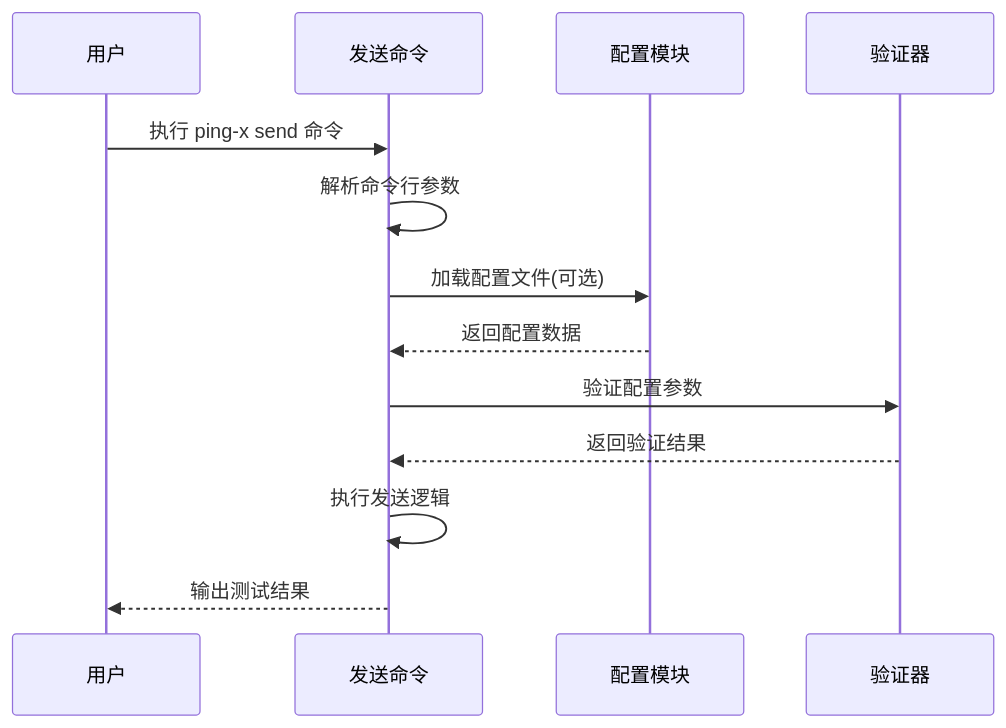
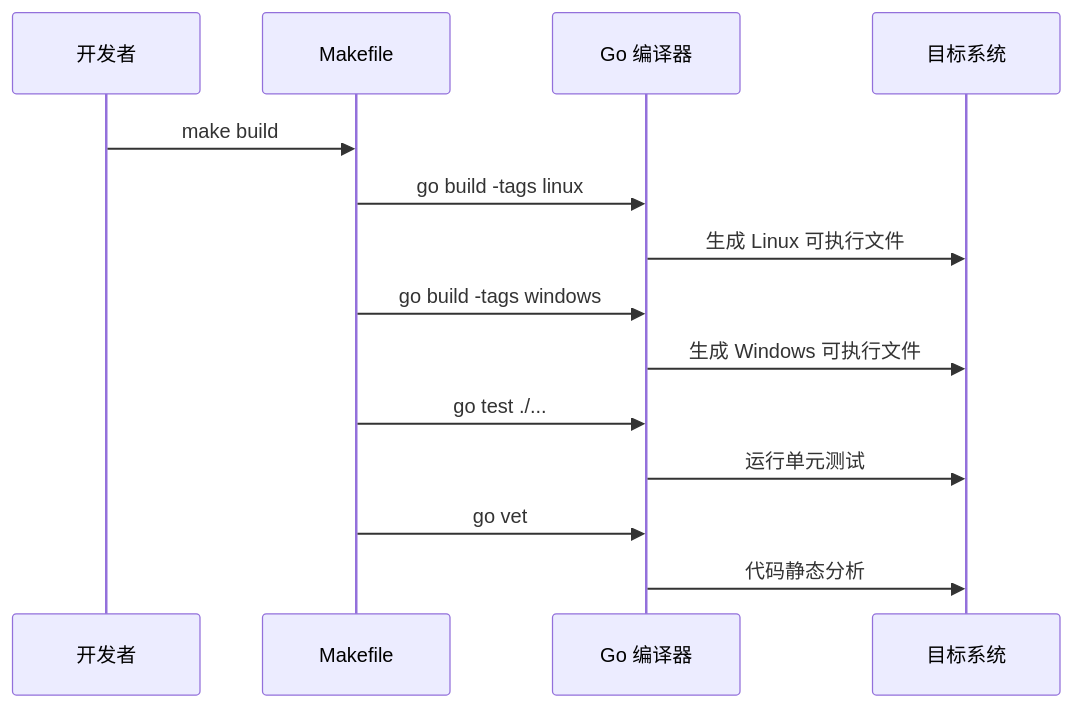
One commit to yanzhen74/ping-x changed the fifth of 7 diagrams in .qoder/repowiki/zh/content/项目概述.md. Above: the diagram before and after it, drawn with Mermaid. The commit also changed other lines of this file and 16 other files, not shown here.

````diff
--- a/.qoder/repowiki/zh/content/项目概述.md
+++ b/.qoder/repowiki/zh/content/项目概述.md
@@ -231,15 +301,16 @@
 ```mermaid
 sequenceDiagram
-participant User as 用户
-participant SendCmd as 发送命令
-participant Config as 配置模块
-participant Validator as 验证器
-User->>SendCmd : 执行 ping-x send 命令
-SendCmd->>SendCmd : 解析命令行参数
-SendCmd->>Config : 加载配置文件(可选)
-Config-->>SendCmd : 返回配置数据
-SendCmd->>Validator : 验证配置参数
-Validator-->>SendCmd : 返回验证结果
-SendCmd->>SendCmd : 执行发送逻辑
-SendCmd-->>User : 输出测试结果
+participant Dev as 开发者
+participant Make as Makefile
+participant Go as Go 编译器
+participant OS as 目标系统
+Dev->>Make : make build
+Make->>Go : go build -tags linux
+Go->>OS : 生成 Linux 可执行文件
+Make->>Go : go build -tags windows
+Go->>OS : 生成 Windows 可执行文件
+Make->>Go : go test ./...
+Go->>OS : 运行单元测试
+Make->>Go : go vet
+Go->>OS : 代码静态分析
 ```
````
